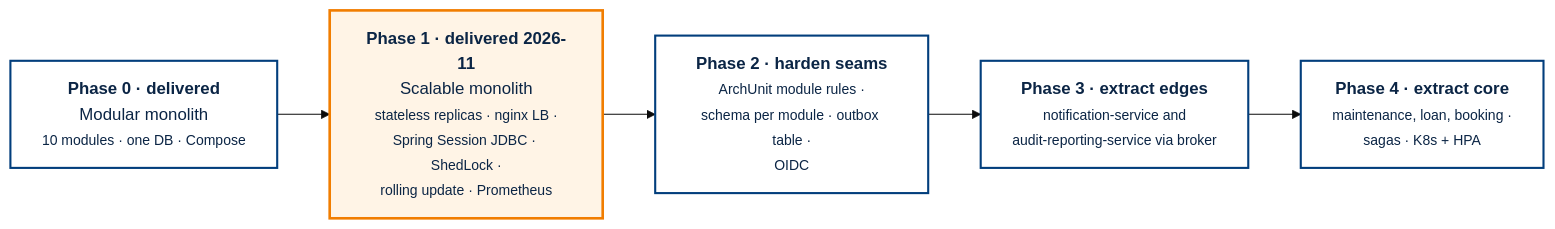
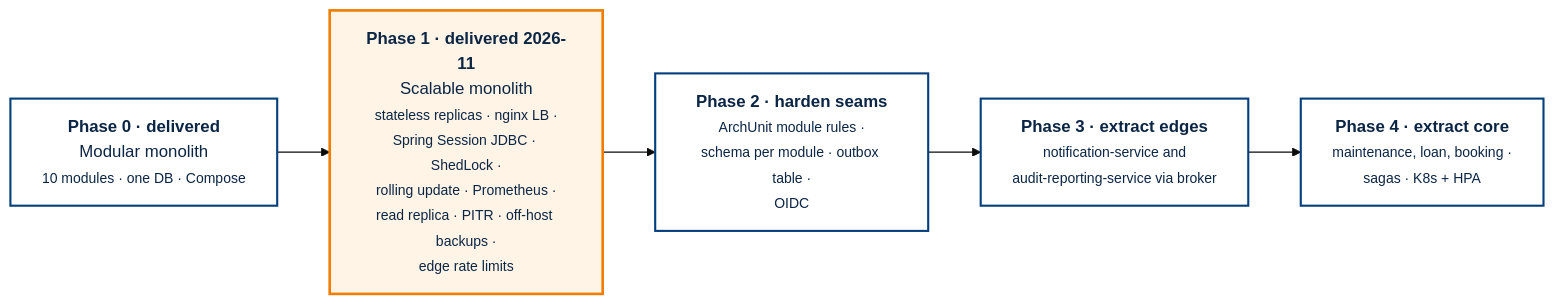
The diagram in docs/diagrams/report/20-migration-roadmap.mmd (cpg25ncu/shared-equipment-reservation-and-maintenance-system), drawn with Mermaid (base theme) before and after one commit. The commit also changed 43 other files, not shown here.

First line of the commit message:
feat(data-tier): read replica, point-in-time recovery, off-host backups and edge rate limits

```diff
--- a/docs/diagrams/report/20-migration-roadmap.mmd
+++ b/docs/diagrams/report/20-migration-roadmap.mmd
@@ -1,10 +1,10 @@
 %% Strangler-fig migration roadmap from modular monolith to microservices
 flowchart LR
   classDef ph fill:#FFFFFF,stroke:#023E7C,stroke-width:2px,color:#0B2545
   classDef now fill:#FFF4E6,stroke:#F17D00,stroke-width:2.5px,color:#0B2545
   P0["<b>Phase 0 · delivered</b><br/>Modular monolith<br/><small>10 modules · one DB · Compose</small>"]:::ph
-  P1["<b>Phase 1 · delivered 2026-11</b><br/>Scalable monolith<br/><small>stateless replicas · nginx LB ·<br/>Spring Session JDBC · ShedLock ·<br/>rolling update · Prometheus</small>"]:::now
+  P1["<b>Phase 1 · delivered 2026-11</b><br/>Scalable monolith<br/><small>stateless replicas · nginx LB ·<br/>Spring Session JDBC · ShedLock ·<br/>rolling update · Prometheus ·<br/>read replica · PITR · off-host backups ·<br/>edge rate limits</small>"]:::now
   P2["<b>Phase 2 · harden seams</b><br/><small>ArchUnit module rules ·<br/>schema per module · outbox table ·<br/>OIDC</small>"]:::ph
   P3["<b>Phase 3 · extract edges</b><br/><small>notification-service and<br/>audit-reporting-service via broker</small>"]:::ph
   P4["<b>Phase 4 · extract core</b><br/><small>maintenance, loan, booking ·<br/>sagas · K8s + HPA</small>"]:::ph
   P0 --> P1 --> P2 --> P3 --> P4
```
